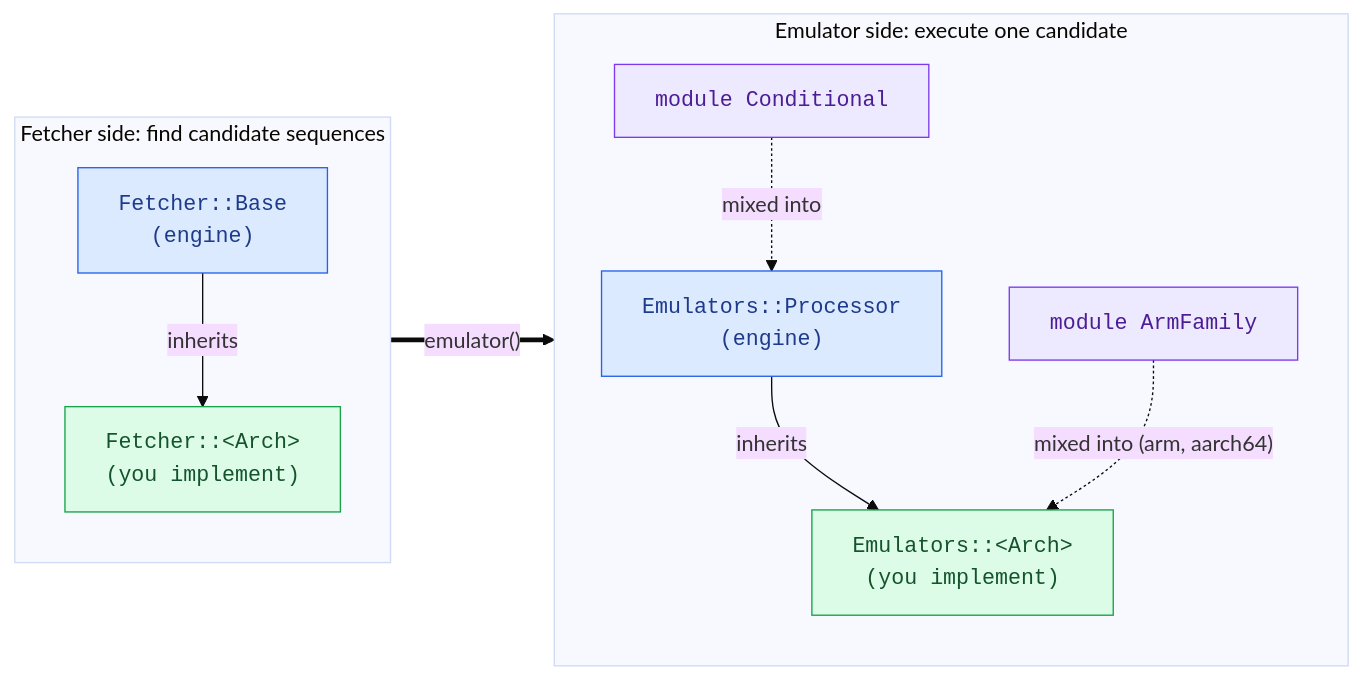
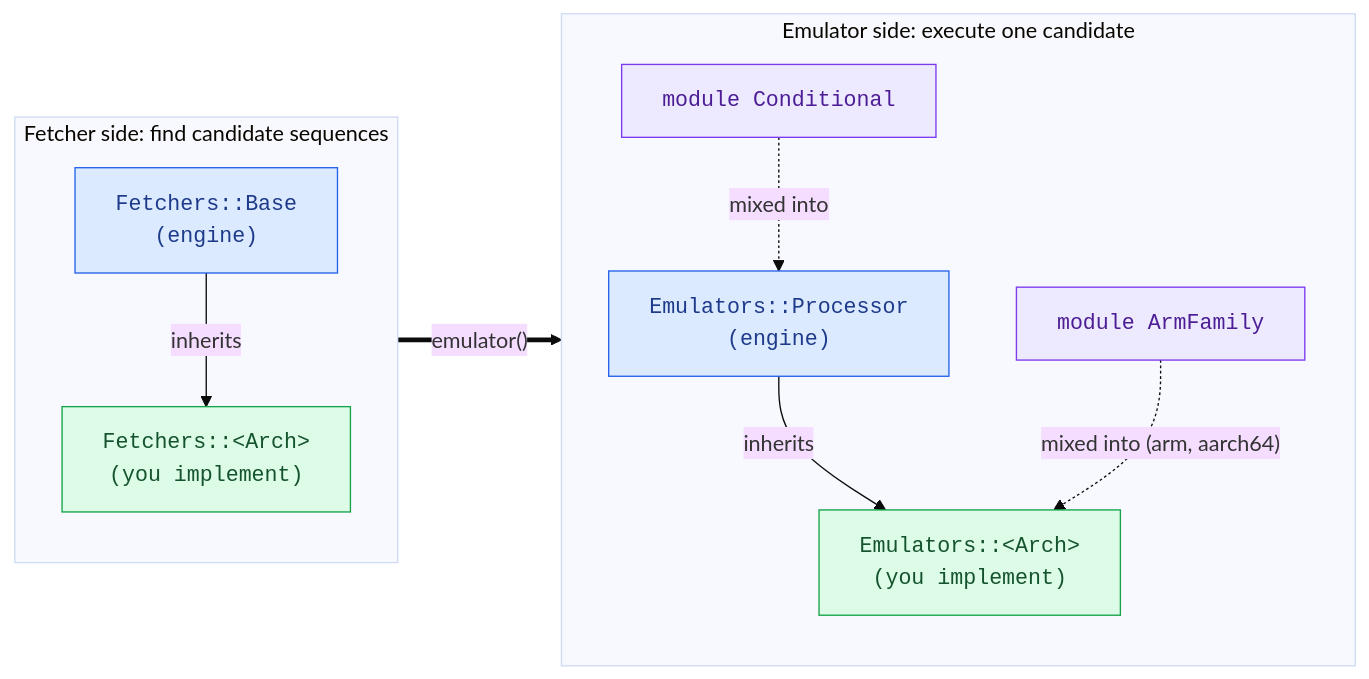
One commit to david942j/one_gadget changed the first of 2 diagrams in docs/adding-an-architecture.md. Above: the diagram before and after it, drawn with Mermaid (base theme). The commit also changed other lines of this file and 13 other files, not shown here.

First line of the commit message:
Rename Fetcher namespace to plural Fetchers (#322)

````diff
--- a/docs/adding-an-architecture.md
+++ b/docs/adding-an-architecture.md
@@ -23,24 +23,24 @@
 ```mermaid
 flowchart LR
   classDef engine fill:#dbeafe,stroke:#2563eb,color:#1e3a8a,font-family:monospace
   classDef arch fill:#dcfce7,stroke:#16a34a,color:#14532d,font-family:monospace
   classDef mixin fill:#ede9fe,stroke:#7c3aed,color:#4c1d95,font-family:monospace
 
   subgraph FE["Fetcher side: find candidate sequences"]
     direction TB
-    FB["Fetcher::Base<br/>(engine)"]:::engine
-    FA["Fetcher::&lt;Arch&gt;<br/>(you implement)"]:::arch
+    FB["Fetchers::Base<br/>(engine)"]:::engine
+    FA["Fetchers::&lt;Arch&gt;<br/>(you implement)"]:::arch
     FB -->|inherits| FA
   end
   subgraph EM["Emulator side: execute one candidate"]
     direction TB
     EP["Emulators::Processor<br/>(engine)"]:::engine
     CO["module Conditional"]:::mixin
     AF["module ArmFamily"]:::mixin
     EA["Emulators::&lt;Arch&gt;<br/>(you implement)"]:::arch
     EP -->|inherits| EA
     CO -.->|mixed into| EP
     AF -.->|"mixed into (arm, aarch64)"| EA
   end
   FA ==>|"emulator()"| EA
 ```
````
